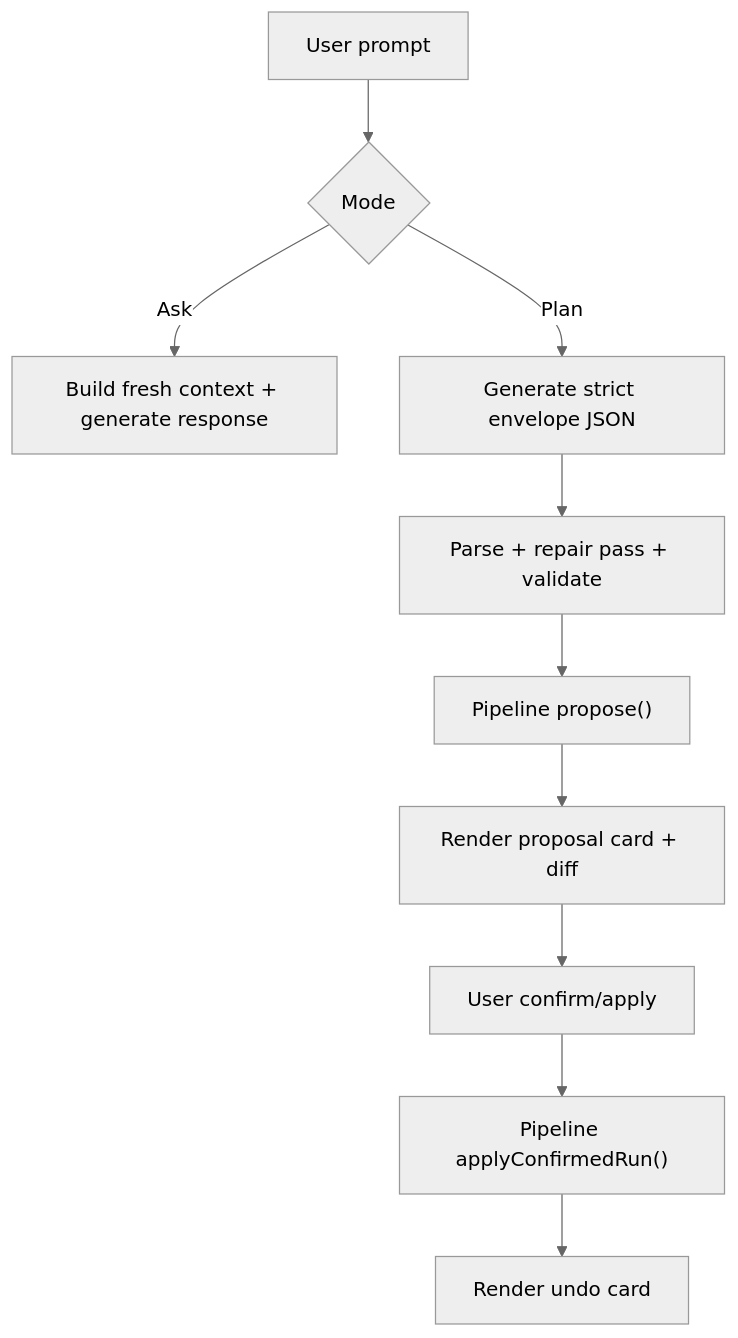
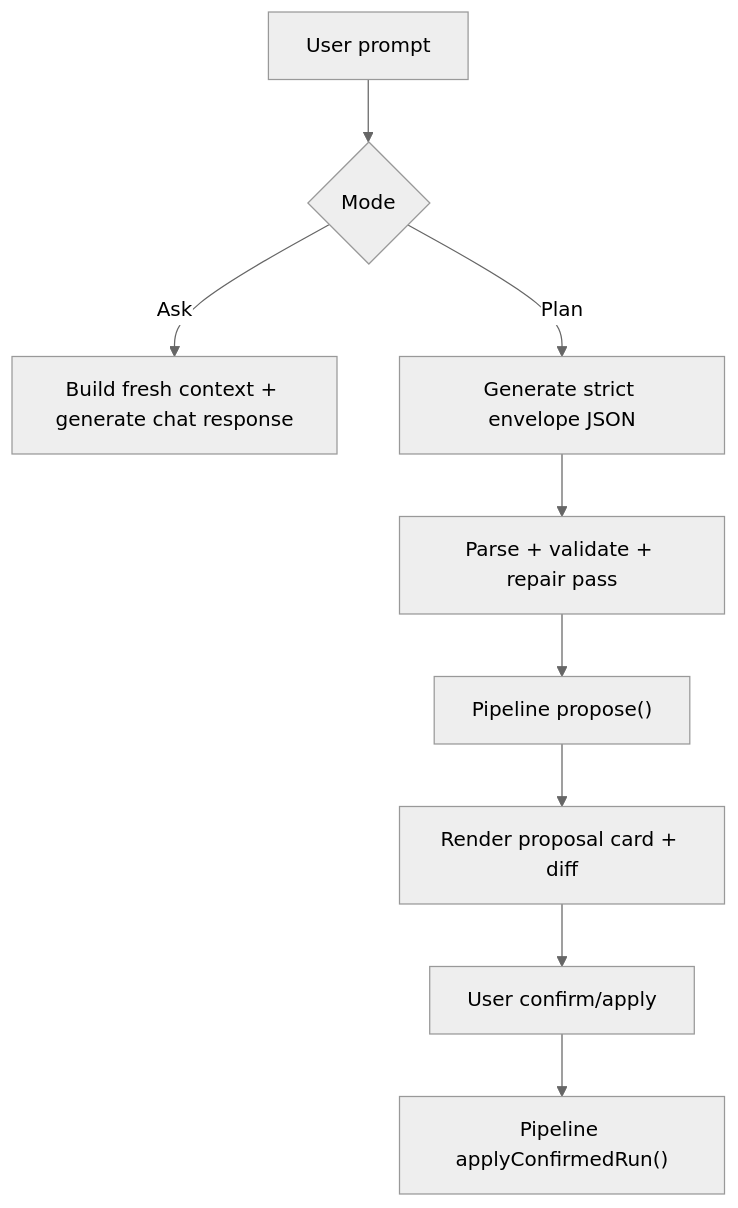
The first of 2 diagrams in docs/architecture/llm-feature-integration-handbook.md (Saransh-Sharma/Tasker), drawn with Mermaid (neutral theme) before and after one commit. The commit also changed other lines of this file and 7 other files, not shown here.

````diff
--- a/docs/architecture/llm-feature-integration-handbook.md
+++ b/docs/architecture/llm-feature-integration-handbook.md
@@ -50,12 +46,11 @@
 ```mermaid
 flowchart TD
     U["User prompt"] --> M{"Mode"}
-    M -->|Ask| A["Build fresh context + generate response"]
+    M -->|Ask| A["Build fresh context + generate chat response"]
     M -->|Plan| P1["Generate strict envelope JSON"]
-    P1 --> P2["Parse + repair pass + validate"]
+    P1 --> P2["Parse + validate + repair pass"]
     P2 --> P3["Pipeline propose()"]
     P3 --> P4["Render proposal card + diff"]
     P4 --> P5["User confirm/apply"]
     P5 --> P6["Pipeline applyConfirmedRun()"]
-    P6 --> P7["Render undo card"]
 ```
````
